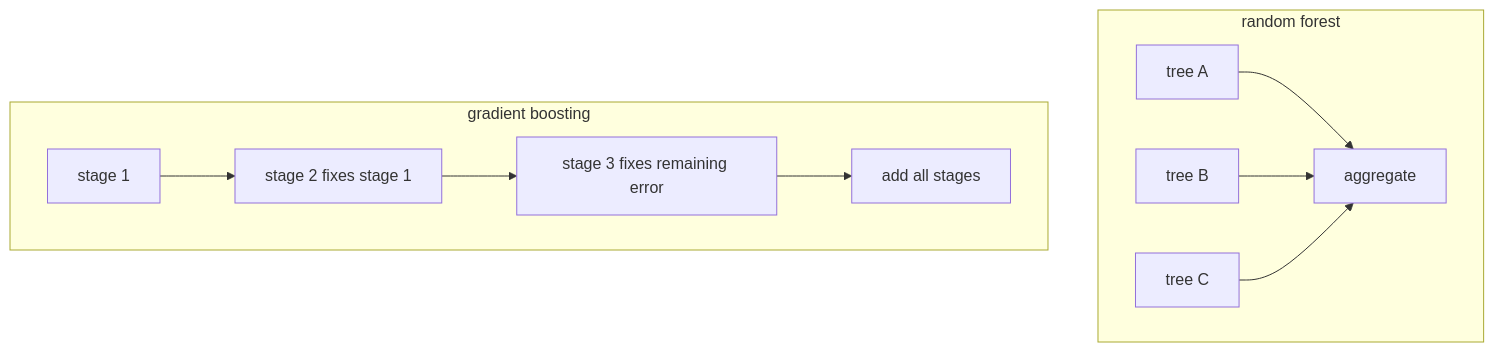
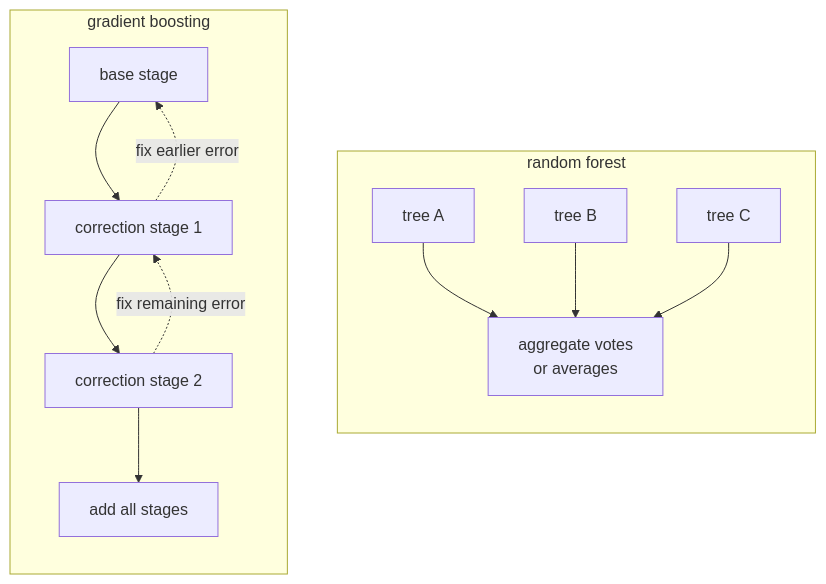
One commit to devchan64/AiBook changed the second of 2 diagrams in docs/parts/part-03/chapter-16/section-01.md. Above: the diagram before and after it, drawn with Mermaid. The commit also changed other lines of this file and 1 other file, not shown here.

Commit message:
docs(part-03): refine boosting diagrams

````diff
--- a/docs/parts/part-03/chapter-16/section-01.md
+++ b/docs/parts/part-03/chapter-16/section-01.md
@@ -142,20 +144,24 @@
 ```mermaid
 flowchart TD
   subgraph RF["random forest"]
+    direction TB
     R1["tree A"]
     R2["tree B"]
     R3["tree C"]
-    R4["aggregate"]
+    R4["aggregate votes<br/>or averages"]
     R1 --> R4
     R2 --> R4
     R3 --> R4
   end
 
   subgraph GB["gradient boosting"]
-    G1["stage 1"]
-    G2["stage 2 fixes stage 1"]
-    G3["stage 3 fixes remaining error"]
+    direction TB
+    G1["base stage"]
+    G2["correction stage 1"]
+    G3["correction stage 2"]
     G4["add all stages"]
     G1 --> G2 --> G3 --> G4
+    G2 -. fix earlier error .-> G1
+    G3 -. fix remaining error .-> G2
   end
 ```
````
